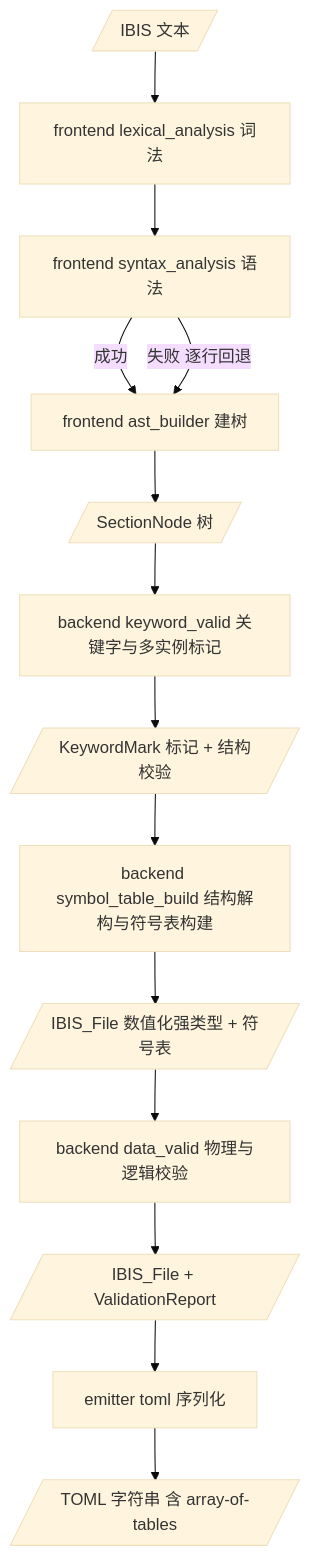
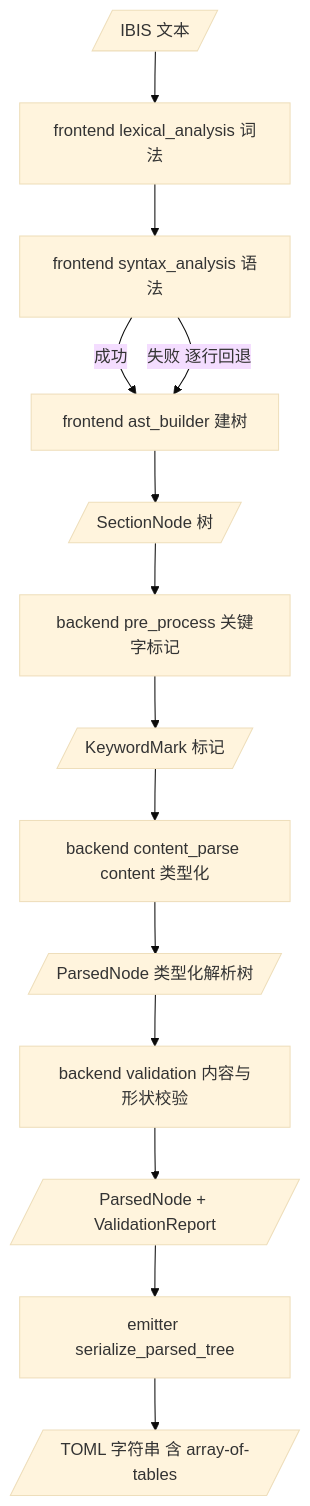
One commit to ykjoe/IBIS_Parser changed the third of 6 diagrams in plans/ibis2ibstoml_architecture.md. Above: the diagram before and after it, drawn with Mermaid (base theme). The commit also changed other lines of this file and 32 other files, not shown here.

Commit message:
optimize frontend design, discard using pest, use a toml schema

````diff
--- a/plans/ibis2ibstoml_architecture.md
+++ b/plans/ibis2ibstoml_architecture.md
@@ -198,16 +188,16 @@
 ```mermaid
 flowchart TD
     IN[/IBIS 文本/] --> LEX[frontend lexical_analysis 词法]
     LEX --> SYN[frontend syntax_analysis 语法]
     SYN -->|成功| AST[frontend ast_builder 建树]
     SYN -->|失败 逐行回退| AST
     AST --> TREE[/SectionNode 树/]
-    TREE --> V1[backend keyword_valid 关键字与多实例标记]
-    V1 --> MARK[/KeywordMark 标记 + 结构校验/]
-    MARK --> V2[backend symbol_table_build 结构解构与符号表构建]
-    V2 --> IBIS[/IBIS_File 数值化强类型 + 符号表/]
-    IBIS --> V3[backend data_valid 物理与逻辑校验]
-    V3 --> OUT[/IBIS_File + ValidationReport/]
-    OUT --> TOM[emitter toml 序列化]
+    TREE --> P1[backend pre_process 关键字标记]
+    P1 --> MARK[/KeywordMark 标记/]
+    MARK --> P2[backend content_parse content 类型化]
+    P2 --> PARSED[/ParsedNode 类型化解析树/]
+    PARSED --> P3[backend validation 内容与形状校验]
+    P3 --> OUT[/ParsedNode + ValidationReport/]
+    OUT --> TOM[emitter serialize_parsed_tree]
     TOM --> OUTT[/TOML 字符串 含 array-of-tables/]
 ```
````
